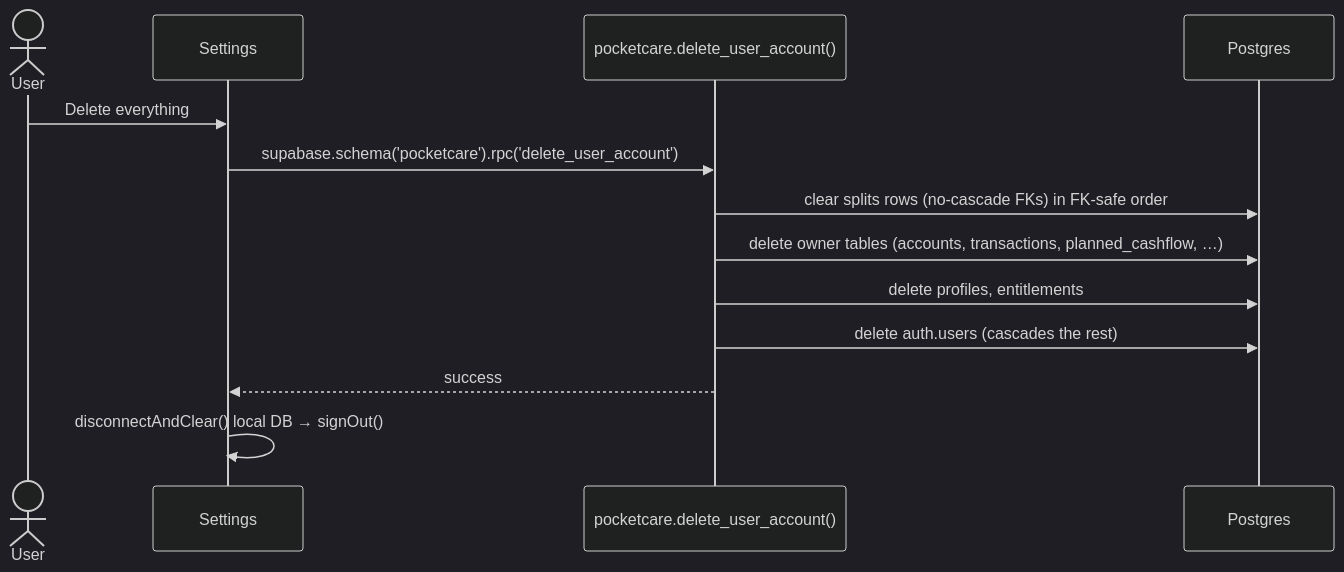
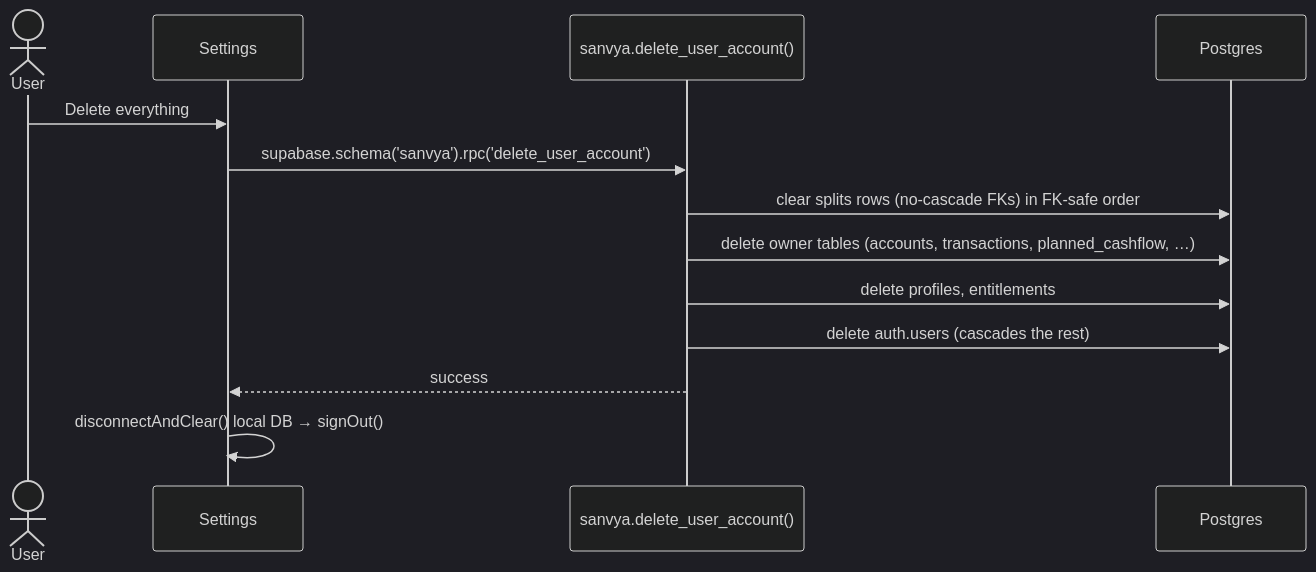
One commit to replyto-pocketcare/pocketcare-app changed the fourth of 4 diagrams in docs/architecture/04-security-and-privacy.md. Above: the diagram before and after it, drawn with Mermaid (dark theme). The commit also changed other lines of this file and 451 other files, not shown here.

Commit message:
refactor: Rename SanvyaSchema and sanvya.db to PocketCareSchema and pocketcare.db

````diff
--- a/docs/architecture/04-security-and-privacy.md
+++ b/docs/architecture/04-security-and-privacy.md
@@ -75,15 +75,15 @@
 ```mermaid
 sequenceDiagram
     actor User
     participant UI as Settings
-    participant RPC as pocketcare.delete_user_account()
+    participant RPC as sanvya.delete_user_account()
     participant PG as Postgres
     User->>UI: Delete everything
-    UI->>RPC: supabase.schema('pocketcare').rpc('delete_user_account')
+    UI->>RPC: supabase.schema('sanvya').rpc('delete_user_account')
     RPC->>PG: clear splits rows (no-cascade FKs) in FK-safe order
     RPC->>PG: delete owner tables (accounts, transactions, planned_cashflow, …)
     RPC->>PG: delete profiles, entitlements
     RPC->>PG: delete auth.users (cascades the rest)
     RPC-->>UI: success
     UI->>UI: disconnectAndClear() local DB → signOut()
 ```
````
